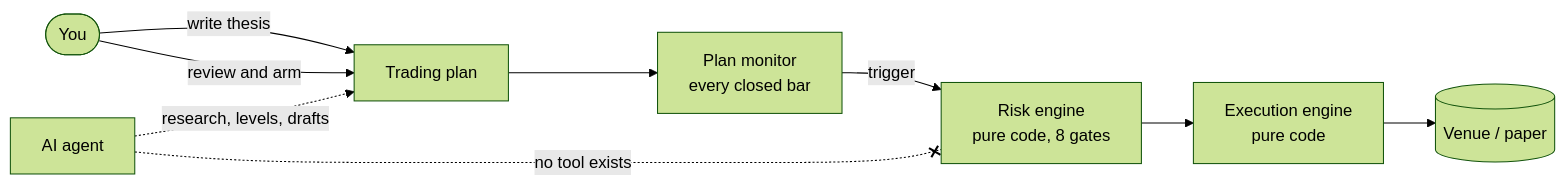
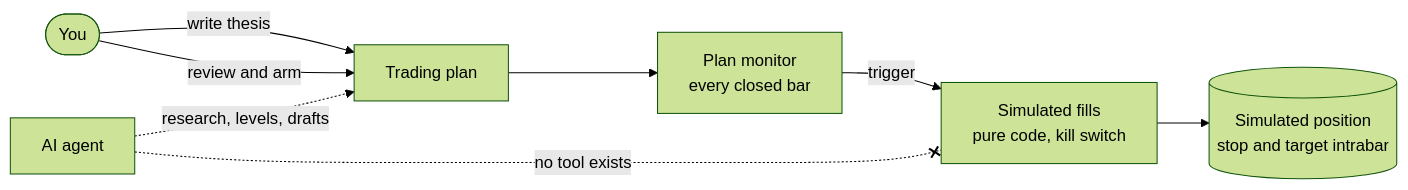
The diagram in README.md (0ByteBlitz/modern-vyapari), drawn with Mermaid (forest theme) before and after one commit. The commit also changed other lines of this file and 2 other files, not shown here.

````diff
--- a/README.md
+++ b/README.md
@@ -91,11 +90,10 @@
 ```mermaid
 flowchart LR
     U([You]) -- write thesis --> P[Trading plan]
     A[AI agent] -. research, levels, drafts .-> P
     U -- review and arm --> P
     P --> M[Plan monitor<br/>every closed bar]
-    M -- trigger --> R[Risk engine<br/>pure code, 8 gates]
-    R --> E[Execution engine<br/>pure code]
-    E --> V[(Venue / paper)]
-    A -. "no tool exists" .-x R
+    M -- trigger --> S[Simulated fills<br/>pure code, kill switch]
+    S --> X[(Simulated position<br/>stop and target intrabar)]
+    A -. "no tool exists" .-x S
 ```
````
